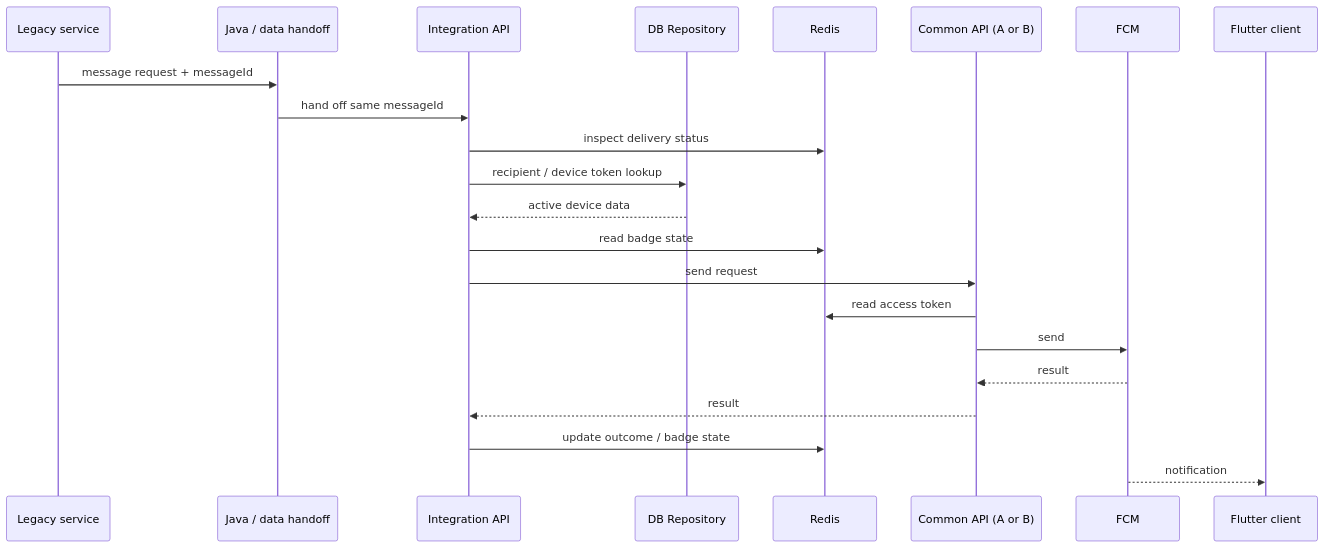
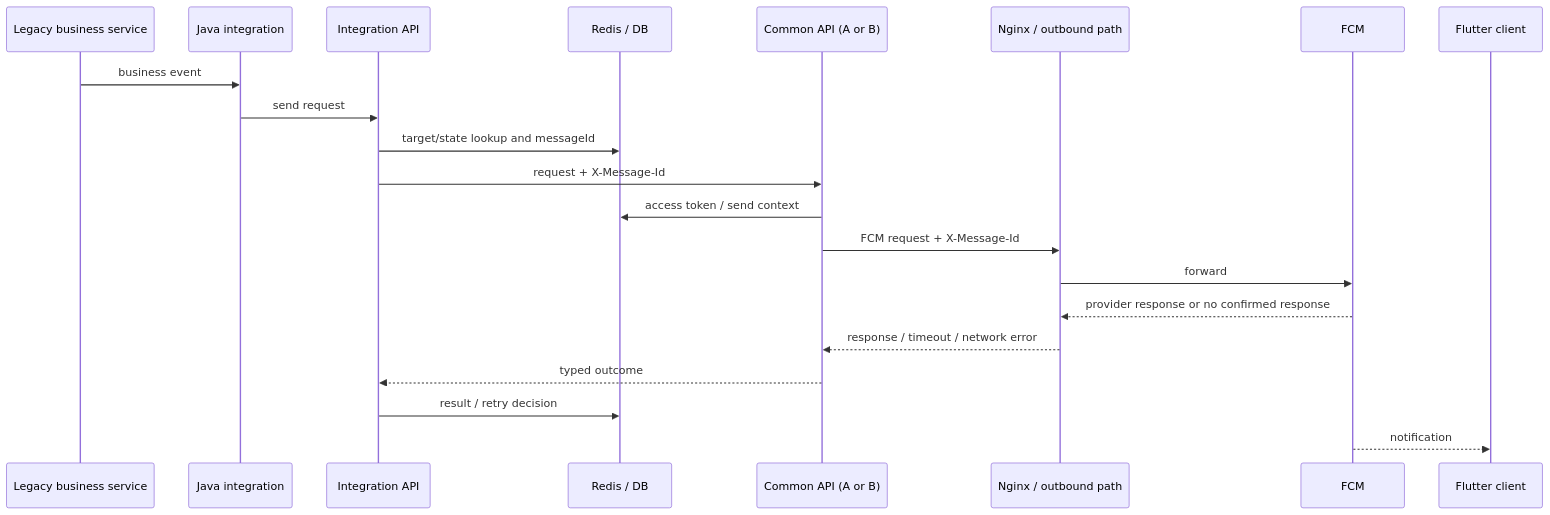
One commit to clsung7911/reliable-messaging-platform changed the diagram in diagrams/message-flow.mmd. Above: the diagram before and after it, drawn with Mermaid. The commit also changed 38 other files, not shown here.

```diff
--- a/diagrams/message-flow.mmd
+++ b/diagrams/message-flow.mmd
@@ -1,22 +1,21 @@
 sequenceDiagram
-    participant L as Legacy service
-    participant J as Java / data handoff
+    participant L as Legacy business service
+    participant J as Java integration
     participant M as Integration API
-    participant DB as DB Repository
-    participant R as Redis
+    participant R as Redis / DB
     participant C as Common API (A or B)
+    participant N as Nginx / outbound path
     participant F as FCM
     participant D as Flutter client
-    L->>J: message request + messageId
-    J->>M: hand off same messageId
-    M->>R: inspect delivery status
-    M->>DB: recipient / device token lookup
-    DB-->>M: active device data
-    M->>R: read badge state
-    M->>C: send request
-    C->>R: read access token
-    C->>F: send
-    F-->>C: result
-    C-->>M: result
-    M->>R: update outcome / badge state
+    L->>J: business event
+    J->>M: send request
+    M->>R: target/state lookup and messageId
+    M->>C: request + X-Message-Id
+    C->>R: access token / send context
+    C->>N: FCM request + X-Message-Id
+    N->>F: forward
+    F-->>N: provider response or no confirmed response
+    N-->>C: response / timeout / network error
+    C-->>M: typed outcome
+    M->>R: result / retry decision
     F-->>D: notification
```
